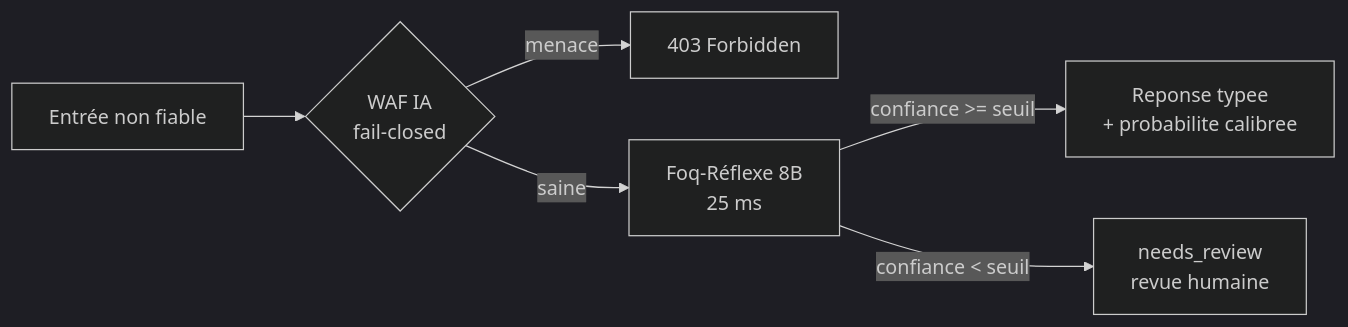
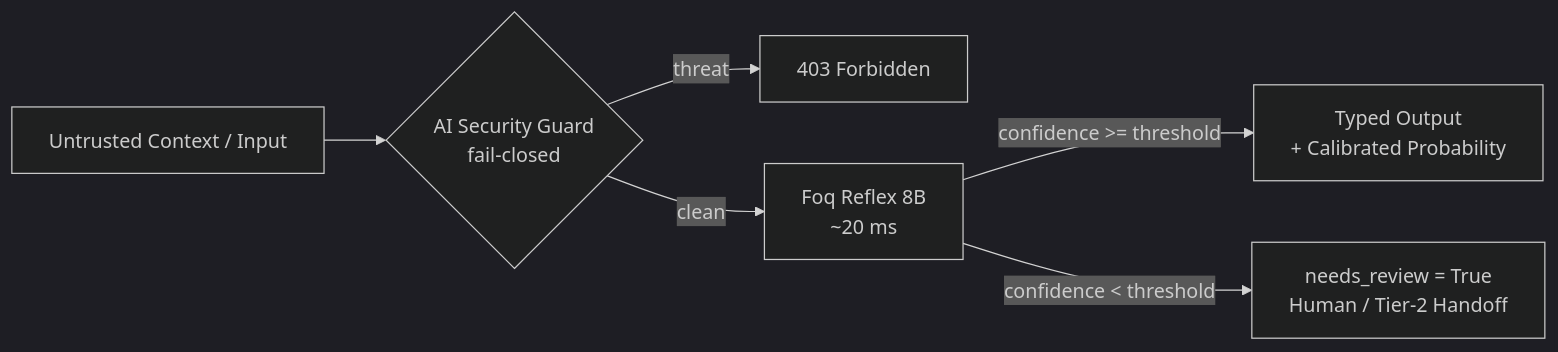
The fifth of 6 diagrams in BENCHMARKS.md (yohanargentina-oss/Foq), drawn with Mermaid (dark theme) before and after one commit. The commit also changed other lines of this file and 15 other files, not shown here.

````diff
--- a/BENCHMARKS.md
+++ b/BENCHMARKS.md
@@ -118,8 +100,8 @@
 ```mermaid
 flowchart LR
-    A[Entrée non fiable] --> B{WAF IA<br/>fail-closed}
-    B -- menace --> X[403 Forbidden]
-    B -- saine --> C[Foq-Réflexe 8B<br/>25 ms]
-    C -- "confiance >= seuil" --> E[Reponse typee<br/>+ probabilite calibree]
-    C -- "confiance < seuil" --> F[needs_review<br/>revue humaine]
+    A[Untrusted Context / Input] --> B{AI Security Guard<br/>fail-closed}
+    B -- threat --> X[403 Forbidden]
+    B -- clean --> C[Foq Reflex 8B<br/>~20 ms]
+    C -- "confidence >= threshold" --> E[Typed Output<br/>+ Calibrated Probability]
+    C -- "confidence < threshold" --> F[needs_review = True<br/>Human / Tier-2 Handoff]
 ```
````
